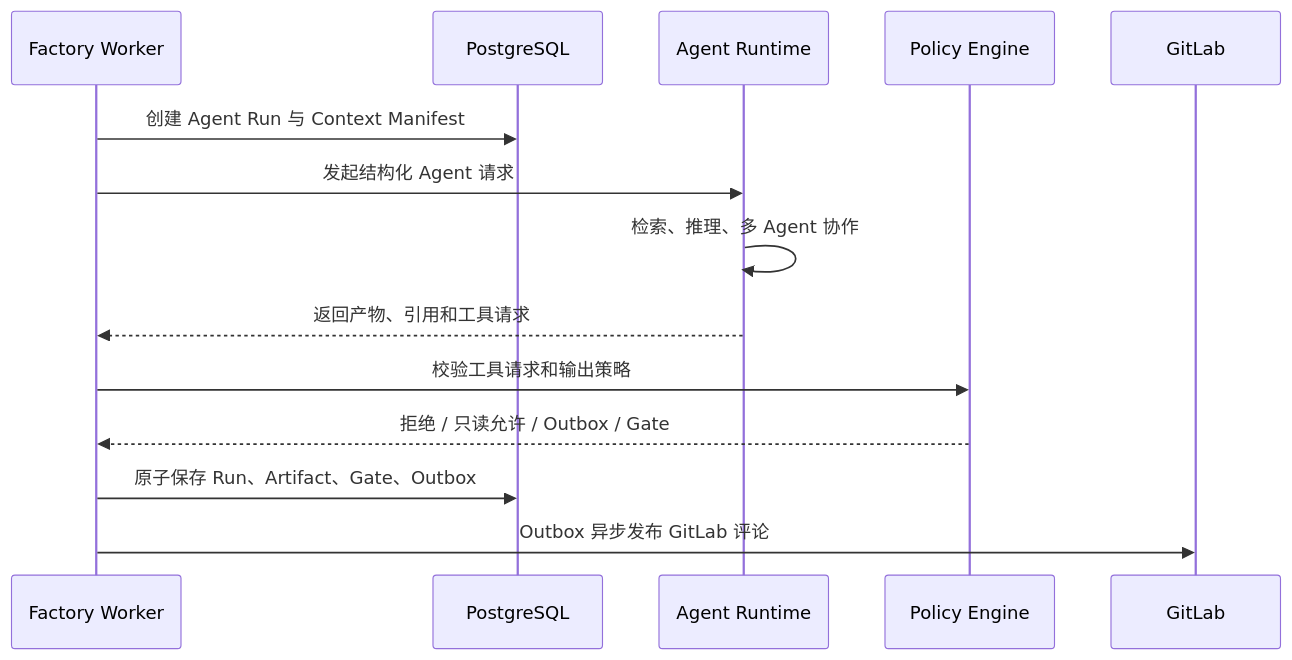
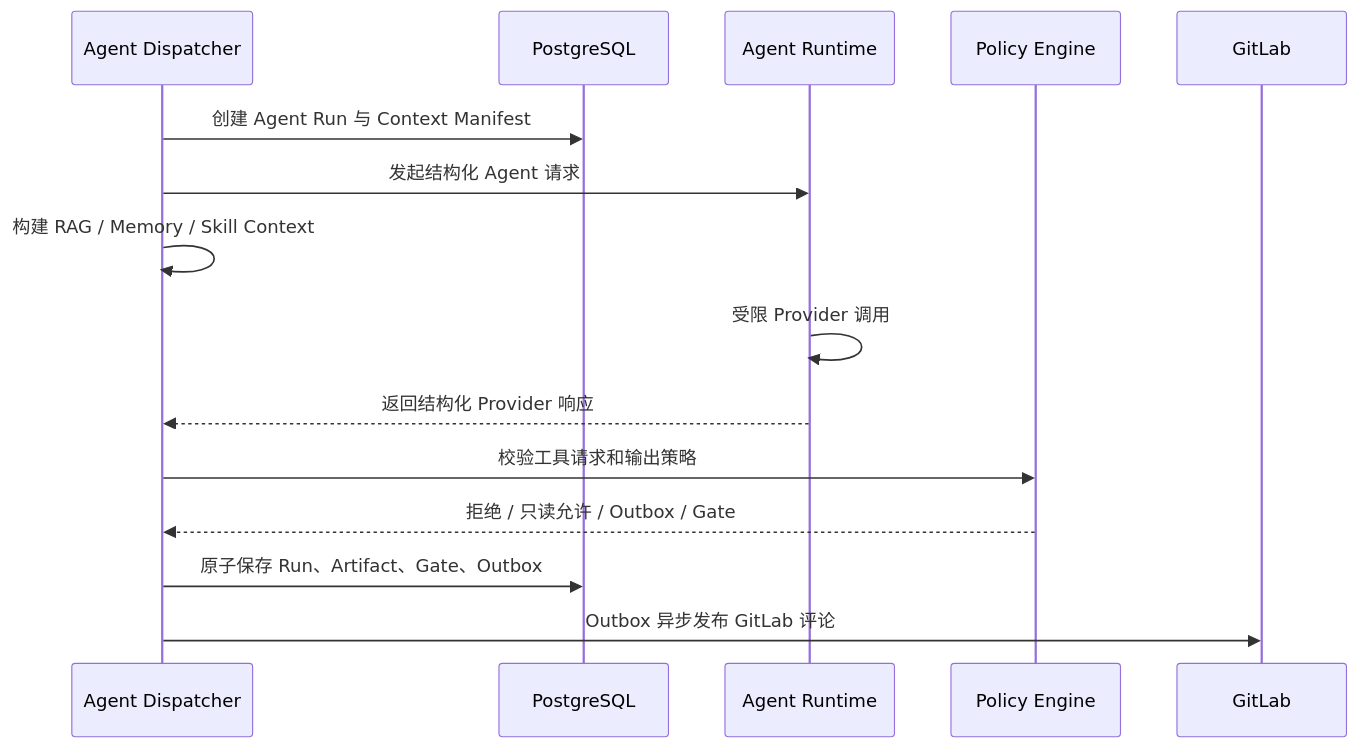
Before and after one commit to zxr111/agentic-sdlc-control-plane: the first of 2 diagrams in docs/v3/architecture.md, drawn with Mermaid. The commit also changed other lines of this file and 22 other files, not shown here.

````diff
--- a/docs/v3/architecture.md
+++ b/docs/v3/architecture.md
@@ -90,17 +61,18 @@
 ```mermaid
 sequenceDiagram
-    participant W as Factory Worker
+    participant W as Agent Dispatcher
     participant DB as PostgreSQL
     participant R as Agent Runtime
     participant P as Policy Engine
     participant G as GitLab
 
     W->>DB: 创建 Agent Run 与 Context Manifest
     W->>R: 发起结构化 Agent 请求
-    R->>R: 检索、推理、多 Agent 协作
-    R-->>W: 返回产物、引用和工具请求
+    W->>W: 构建 RAG / Memory / Skill Context
+    R->>R: 受限 Provider 调用
+    R-->>W: 返回结构化 Provider 响应
     W->>P: 校验工具请求和输出策略
     P-->>W: 拒绝 / 只读允许 / Outbox / Gate
     W->>DB: 原子保存 Run、Artifact、Gate、Outbox
     W->>G: Outbox 异步发布 GitLab 评论
 ```
````
